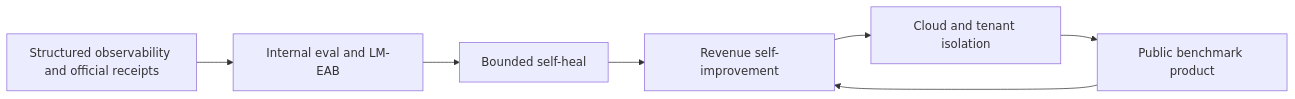
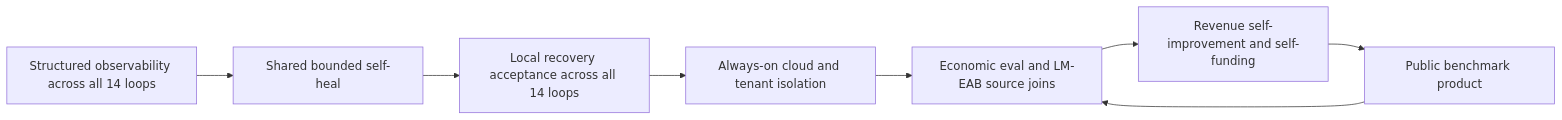
The sixth of 7 diagrams in docs/superpowers/specs/2026-09-15-life-manager-agent-architecture-refinement.md (Daisuke134/life-manager), drawn with Mermaid before and after one commit. The commit also changed other lines of this file and 1 other file, not shown here.

Commit message:
docs: prioritize shared self healing before revenue eval

````diff
--- a/docs/superpowers/specs/2026-09-15-life-manager-agent-architecture-refinement.md
+++ b/docs/superpowers/specs/2026-09-15-life-manager-agent-architecture-refinement.md
@@ -2603,9 +2606,10 @@
 ```mermaid
 flowchart LR
-  O[Structured observability and official receipts] --> E[Internal eval and LM-EAB]
-  E --> H[Bounded self-heal]
-  H --> I[Revenue self-improvement]
-  I --> C[Cloud and tenant isolation]
-  C --> B[Public benchmark product]
-  B --> I
+  O[Structured observability across all 14 loops] --> H[Shared bounded self-heal]
+  H --> A[Local recovery acceptance across all 14 loops]
+  A --> C[Always-on cloud and tenant isolation]
+  C --> E[Economic eval and LM-EAB source joins]
+  E --> I[Revenue self-improvement and self-funding]
+  I --> B[Public benchmark product]
+  B --> E
 ```
````
